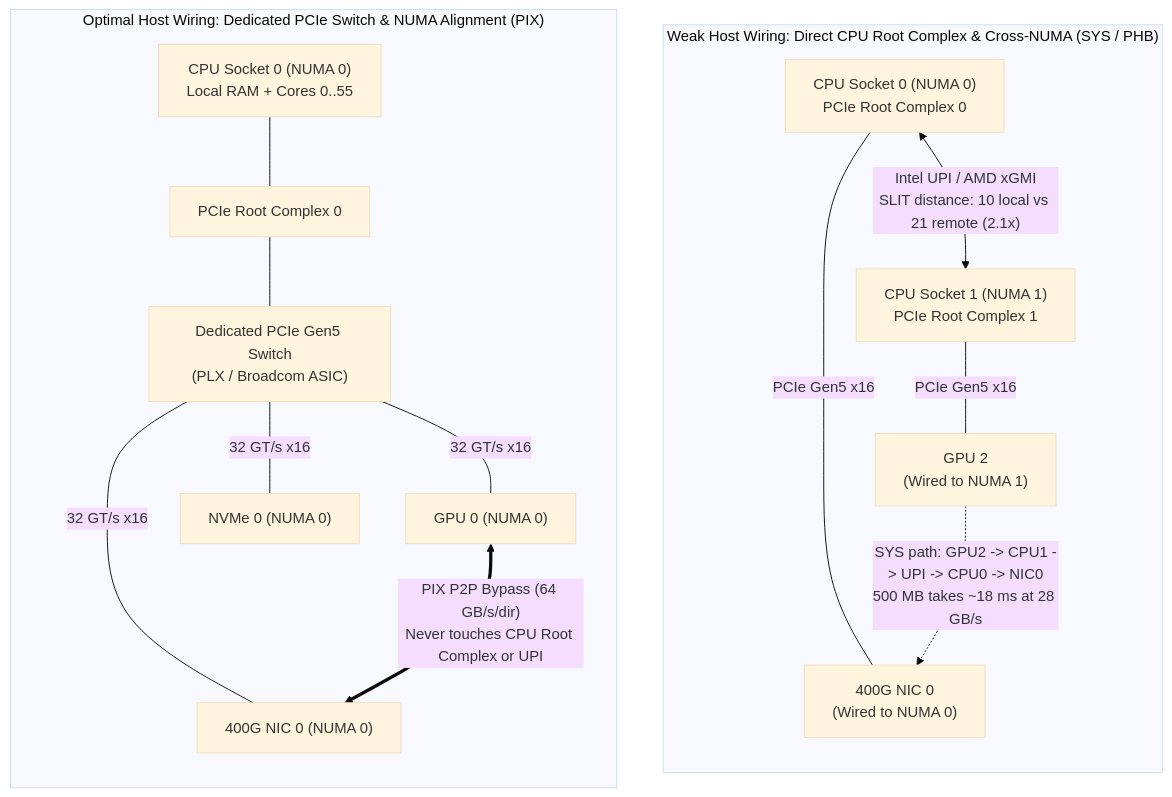
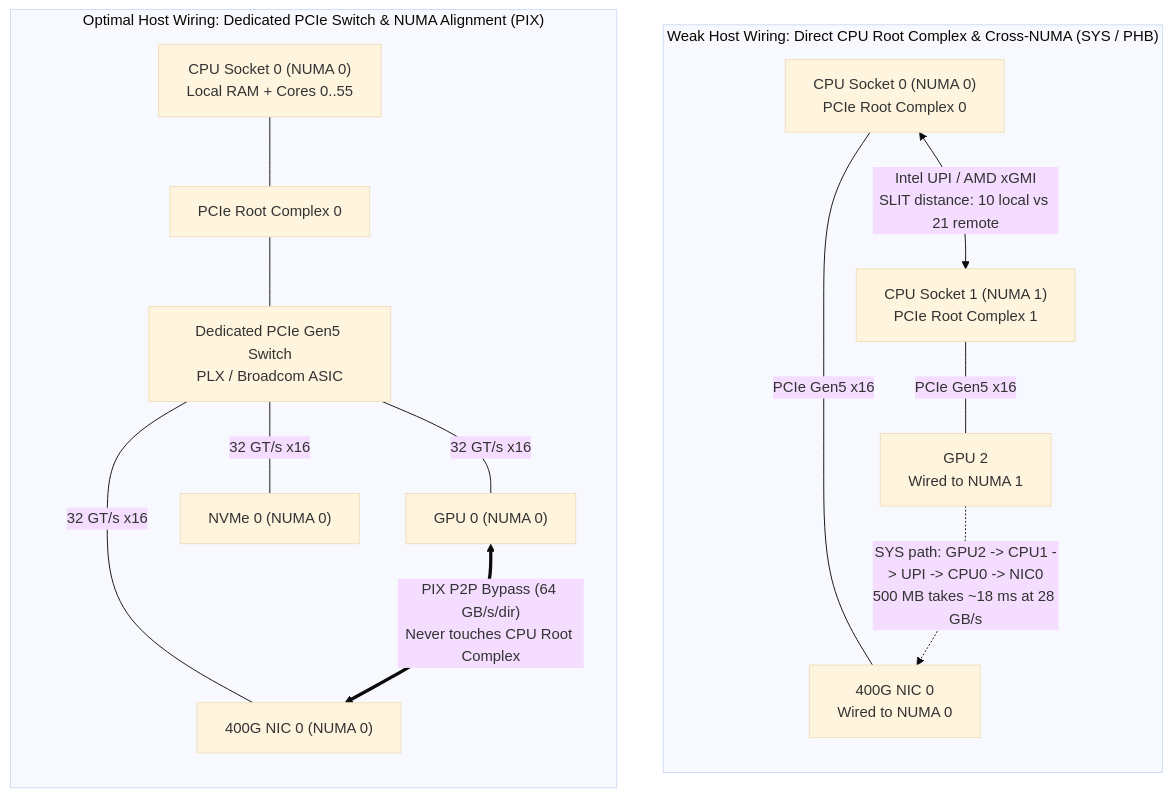
One commit to jithinpnjm/ai-infra-handbook changed the first of 2 diagrams in docs/part-10-gpu-cuda/06-gpu-interconnects-pcie-nvlink-nvswitch-and-nvlink-c2c.md. Above: the diagram before and after it, drawn with Mermaid (base theme). The commit also changed other lines of this file and 503 other files, not shown here.

````diff
--- a/docs/part-10-gpu-cuda/06-gpu-interconnects-pcie-nvlink-nvswitch-and-nvlink-c2c.md
+++ b/docs/part-10-gpu-cuda/06-gpu-interconnects-pcie-nvlink-nvswitch-and-nvlink-c2c.md
@@ -86,20 +103,20 @@
 ```mermaid
 flowchart TB
   subgraph Bad["Weak Host Wiring: Direct CPU Root Complex & Cross-NUMA (SYS / PHB)"]
     direction TB
-    CPU0_A["CPU Socket 0 (NUMA 0)<br/>PCIe Root Complex 0"] <-->|"Intel UPI / AMD xGMI<br/>SLIT distance: 10 local vs 21 remote (2.1x)"| CPU1_A["CPU Socket 1 (NUMA 1)<br/>PCIe Root Complex 1"]
-    CPU0_A ---|"PCIe Gen5 x16"| NIC_A["400G NIC 0<br/>(Wired to NUMA 0)"]
-    CPU1_A ---|"PCIe Gen5 x16"| GPU_A["GPU 2<br/>(Wired to NUMA 1)"]
+    CPU0_A["CPU Socket 0 (NUMA 0)<br/>PCIe Root Complex 0"] <-->|"Intel UPI / AMD xGMI<br/>SLIT distance: 10 local vs 21 remote"| CPU1_A["CPU Socket 1 (NUMA 1)<br/>PCIe Root Complex 1"]
+    CPU0_A ---|"PCIe Gen5 x16"| NIC_A["400G NIC 0<br/>Wired to NUMA 0"]
+    CPU1_A ---|"PCIe Gen5 x16"| GPU_A["GPU 2<br/>Wired to NUMA 1"]
     GPU_A -.->|"SYS path: GPU2 -> CPU1 -> UPI -> CPU0 -> NIC0<br/>500 MB takes ~18 ms at 28 GB/s"| NIC_A
   end
 
   subgraph Good["Optimal Host Wiring: Dedicated PCIe Switch & NUMA Alignment (PIX)"]
     direction TB
     CPU0_B["CPU Socket 0 (NUMA 0)<br/>Local RAM + Cores 0..55"] --- Root_B["PCIe Root Complex 0"]
-    Root_B --- SW_B["Dedicated PCIe Gen5 Switch<br/>(PLX / Broadcom ASIC)"]
+    Root_B --- SW_B["Dedicated PCIe Gen5 Switch<br/>PLX / Broadcom ASIC"]
     SW_B ---|"32 GT/s x16"| GPU0_B["GPU 0 (NUMA 0)"]
     SW_B ---|"32 GT/s x16"| NIC0_B["400G NIC 0 (NUMA 0)"]
     SW_B ---|"32 GT/s x16"| NVME0_B["NVMe 0 (NUMA 0)"]
-    GPU0_B <==>|"PIX P2P Bypass (64 GB/s/dir)<br/>Never touches CPU Root Complex or UPI"| NIC0_B
+    GPU0_B <==>|"PIX P2P Bypass (64 GB/s/dir)<br/>Never touches CPU Root Complex"| NIC0_B
   end
 ```
````
